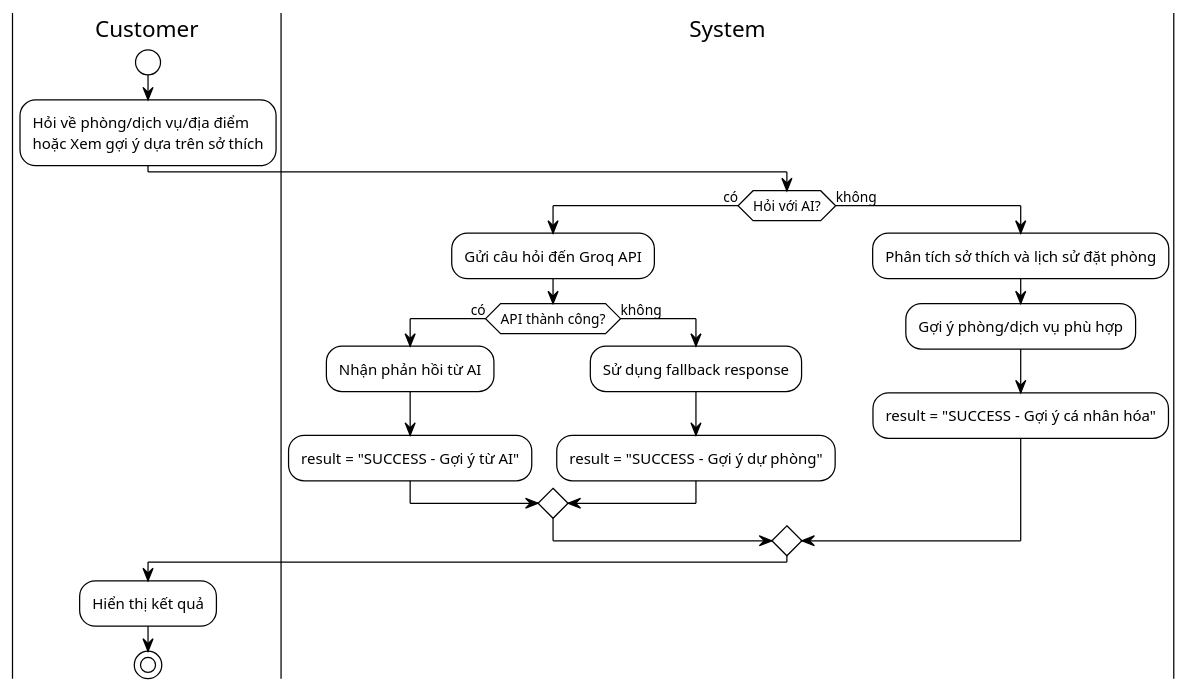
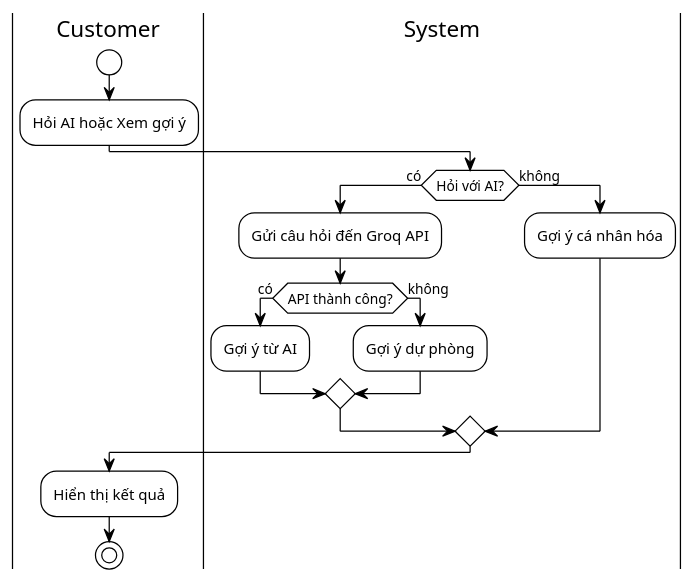
One commit to AnthanBiPhap/Khachsan changed the diagram in Phân tích hệ thống/Sơ đồ hoạt động/ACTIVITY_DIAGRAM_AI_CUSTOMER.puml. Above: the diagram before and after it, drawn with PlantUML. The commit also changed 65 other files, not shown here.

```diff
--- a/Phân tích hệ thống/Sơ đồ hoạt động/ACTIVITY_DIAGRAM_AI_CUSTOMER.puml
+++ b/Phân tích hệ thống/Sơ đồ hoạt động/ACTIVITY_DIAGRAM_AI_CUSTOMER.puml
@@ -1,28 +1,24 @@
 @startuml Activity_AI_Customer
 !theme plain
 
 |Customer|
 start
-:Hỏi về phòng/dịch vụ/địa điểm\nhoặc Xem gợi ý dựa trên sở thích;
+:Hỏi AI hoặc Xem gợi ý;
 
 |System|
 if (Hỏi với AI?) then (có)
     :Gửi câu hỏi đến Groq API;
     if (API thành công?) then (có)
-        :Nhận phản hồi từ AI;
-        :result = "SUCCESS - Gợi ý từ AI";
+        :Gợi ý từ AI;
     else (không)
-        :Sử dụng fallback response;
-        :result = "SUCCESS - Gợi ý dự phòng";
+        :Gợi ý dự phòng;
     endif
 else (không)
-    :Phân tích sở thích và lịch sử đặt phòng;
-    :Gợi ý phòng/dịch vụ phù hợp;
-    :result = "SUCCESS - Gợi ý cá nhân hóa";
+    :Gợi ý cá nhân hóa;
 endif
 
 |Customer|
 :Hiển thị kết quả;
 stop
 
 @enduml
```
